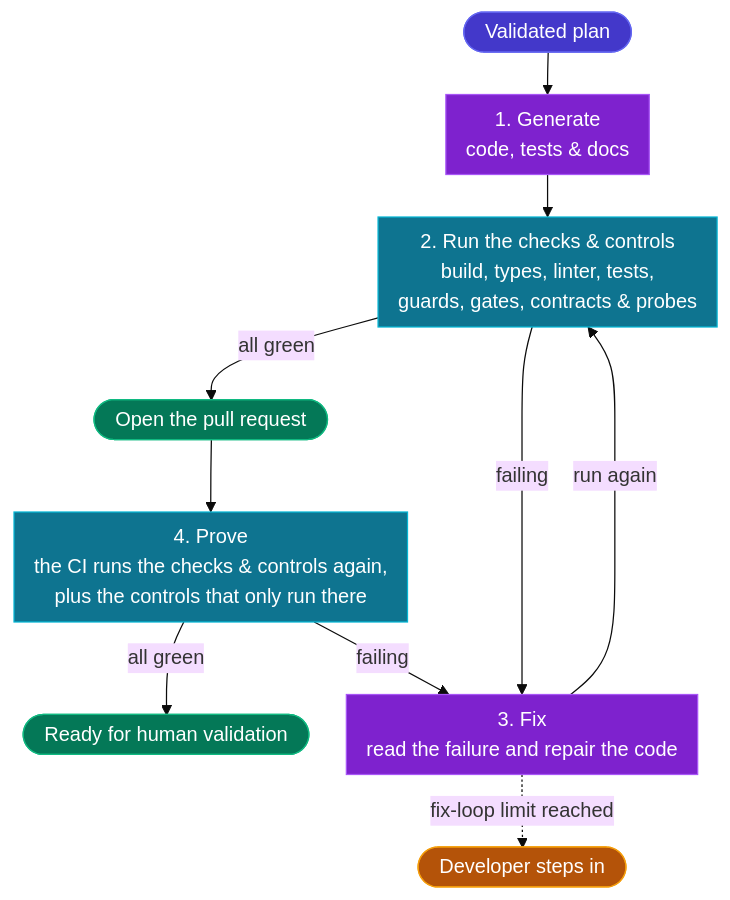
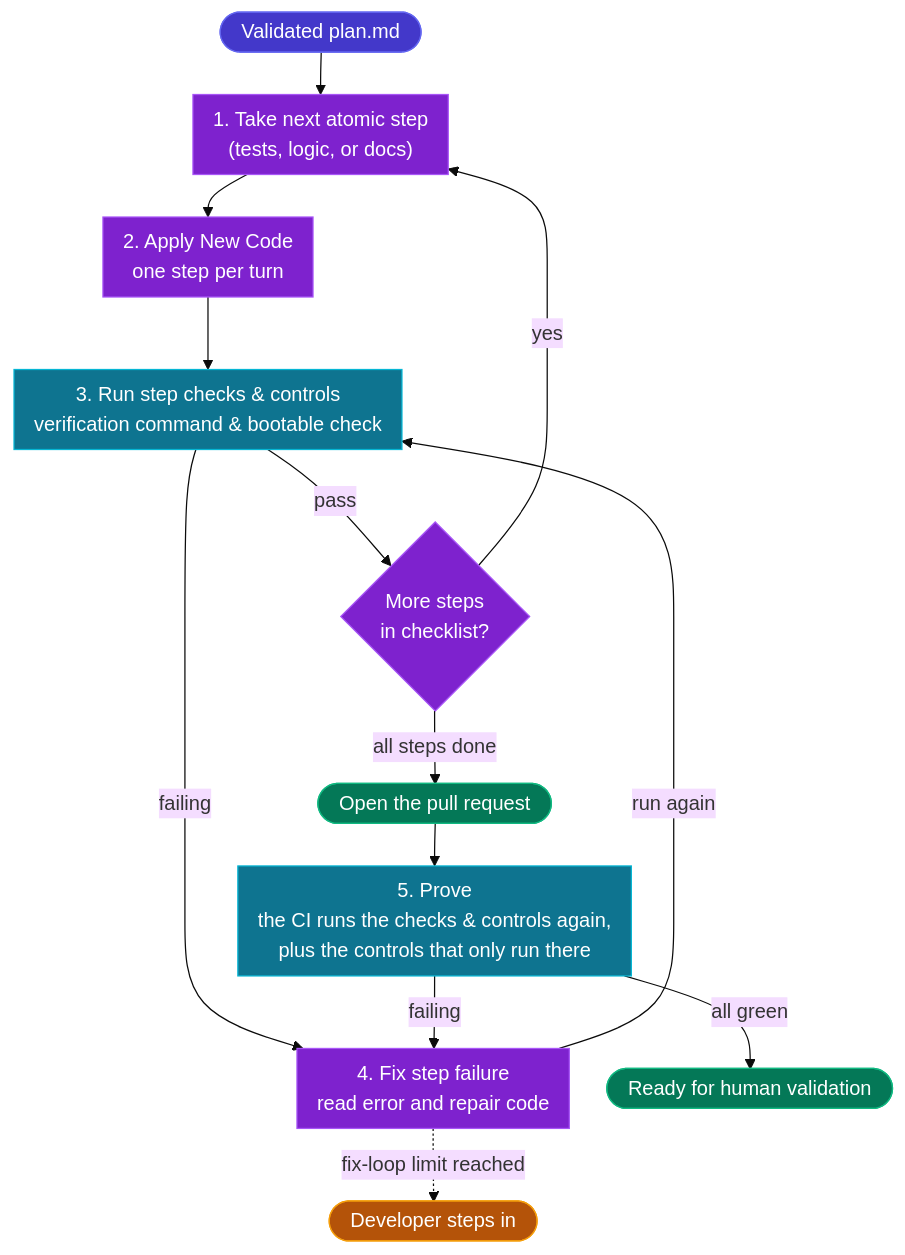
One commit to ALTEN-group/agentic-software-factory changed the diagram in website/docs/guide/stage-code.md. Above: the diagram before and after it, drawn with Mermaid (base theme). The commit also changed other lines of this file and 8 other files, not shown here.

````diff
--- a/website/docs/guide/stage-code.md
+++ b/website/docs/guide/stage-code.md
@@ -23,40 +23,45 @@
 ```mermaid
 ---
-caption: Fast autonomous Code loop, generate, test and fix until green
+caption: Fast autonomous Code loop, atomic step-by-step execution until green
 config:
   flowchart:
     padding: 8
     wrappingWidth: 320
     nodeSpacing: 30
     rankSpacing: 34
 ---
 flowchart TB
-  PLAN(["&nbsp;&nbsp;Validated plan&nbsp;&nbsp;"])
-  GEN["1. Generate<br/>code, tests & docs"]
-  CHECK["2. Run the checks & controls<br/>build, types, linter, tests,<br/>guards, gates, contracts & probes"]
-  FIX["3. Fix<br/>read the failure and repair the code"]
+  PLAN(["&nbsp;&nbsp;Validated plan.md&nbsp;&nbsp;"])
+  STEP["1. Take next atomic step<br/>(tests, logic, or docs)"]
+  GEN["2. Apply New Code<br/>one step per turn"]
+  CHECK["3. Run step checks & controls<br/>verification command & bootable check"]
+  FIX["4. Fix step failure<br/>read error and repair code"]
+  MORE{"More steps<br/>in checklist?"}
   PR(["&nbsp;&nbsp;Open the pull request&nbsp;&nbsp;"])
-  PROVE["4. Prove<br/>the CI runs the checks & controls again,<br/>plus the controls that only run there"]
+  PROVE["5. Prove<br/>the CI runs the checks & controls again,<br/>plus the controls that only run there"]
   READY(["&nbsp;&nbsp;Ready for human validation&nbsp;&nbsp;"])
   DEV(["&nbsp;&nbsp;Developer steps in&nbsp;&nbsp;"])
 
-  PLAN --> GEN --> CHECK
-  CHECK -->|"all green"| PR
+  PLAN --> STEP --> GEN --> CHECK
+  CHECK -->|"pass"| MORE
   CHECK -->|"failing"| FIX
   FIX -->|"run again"| CHECK
   FIX -.->|"fix-loop limit reached"| DEV
+  MORE -->|"yes"| STEP
+  MORE -->|"all steps done"| PR
   PR --> PROVE
   PROVE -->|"all green"| READY
   PROVE -->|"failing"| FIX
 
   classDef loop fill:#7e22ce,stroke:#a855f7,color:#ffffff
   classDef prove fill:#0e7490,stroke:#06b6d4,color:#ffffff
   classDef done fill:#047857,stroke:#10b981,color:#ffffff
   classDef start fill:#4338ca,stroke:#6366f1,color:#ffffff
   classDef human fill:#b45309,stroke:#f59e0b,color:#ffffff
-  class GEN,FIX loop
+  class STEP,GEN,FIX loop
   class CHECK,PROVE prove
   class PR,READY done
   class PLAN start
   class DEV human
+  class MORE loop
 ```
````
